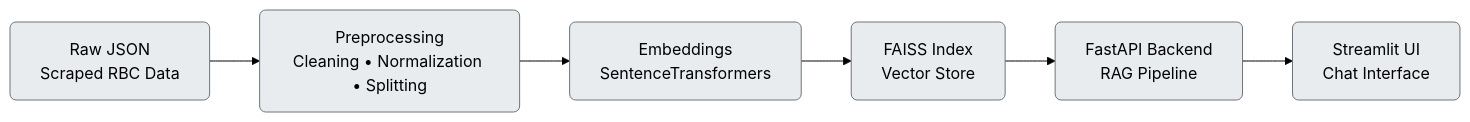
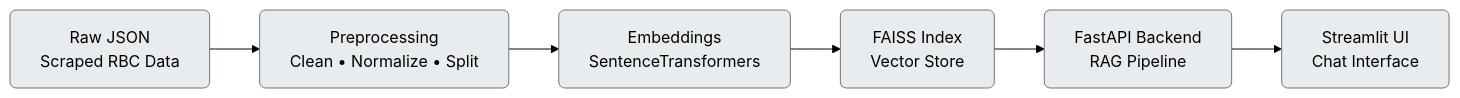
Before and after one commit to JDede1/rag-project: the second of 3 diagrams in README.md, drawn with Mermaid (forest theme).

Commit message:
Updated README: Fixed mermaid diagrams

````diff
--- a/README.md
+++ b/README.md
@@ -71,16 +71,16 @@
 ```mermaid
 flowchart LR
     %% Styles
     classDef box fill:#e9ecef,stroke:#6c757d,stroke-width:1px,color:#000,rx:6,ry:6;
 
     %% Nodes
     A[Raw JSON<br/>Scraped RBC Data]:::box
-    B[Preprocessing<br/>Cleaning • Normalization • Splitting]:::box
+    B[Preprocessing<br/>Clean • Normalize • Split]:::box
     C[Embeddings<br/>SentenceTransformers]:::box
     D[FAISS Index<br/>Vector Store]:::box
     E[FastAPI Backend<br/>RAG Pipeline]:::box
     F[Streamlit UI<br/>Chat Interface]:::box
 
     %% Flow
     A --> B --> C --> D --> E --> F
 ```
````
